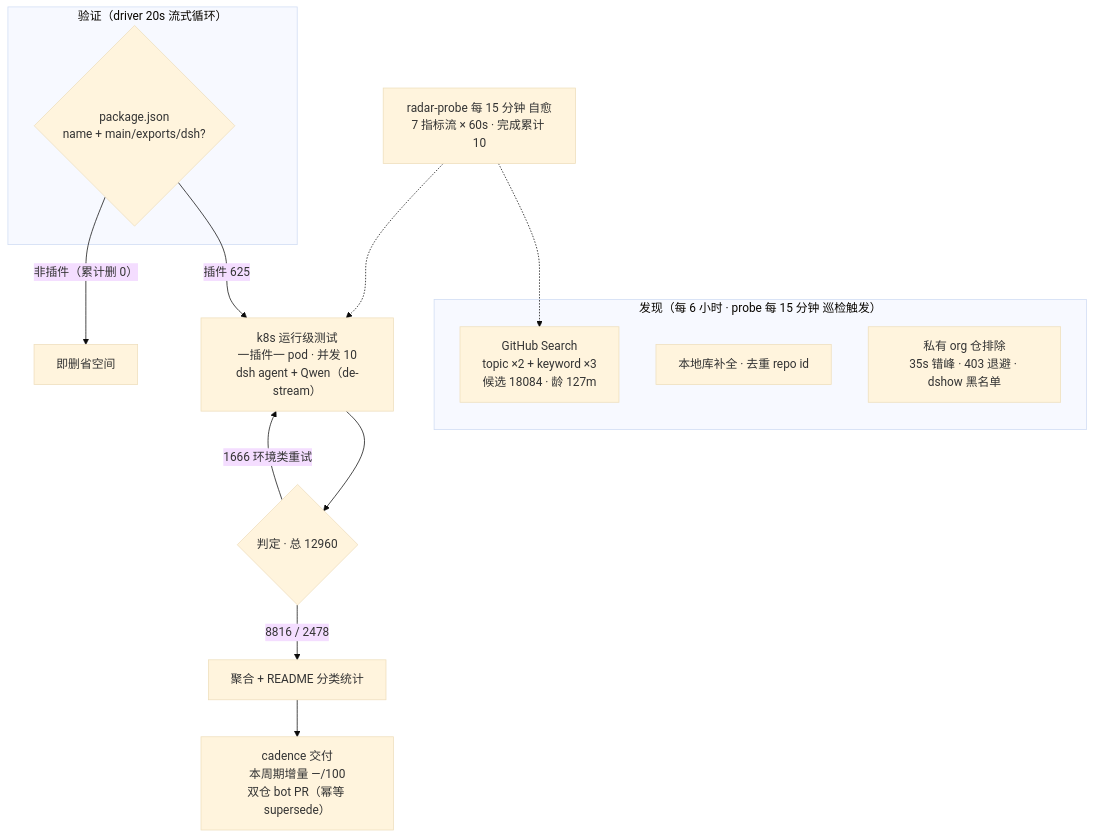
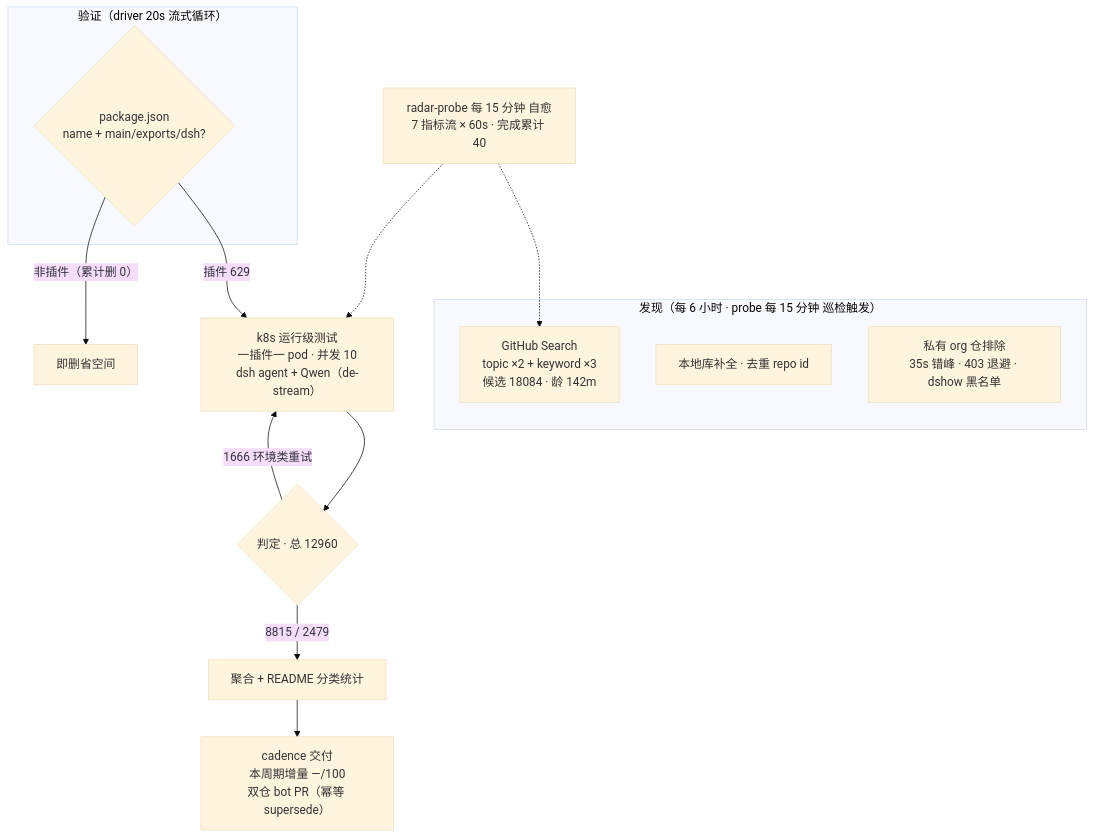
The diagram in README.md (AdamPlatin123/awesome-dsh-plugins), drawn with Mermaid (base theme) before and after one commit. The commit also changed other lines of this file and 5 other files, not shown here.

````diff
--- a/README.md
+++ b/README.md
@@ -52,20 +52,20 @@
 ```mermaid
 flowchart TB
     subgraph Discovery["发现（每 6 小时 · probe 每 15 分钟 巡检触发）"]
-        A1["GitHub Search<br/>topic ×2 + keyword ×3<br/>候选 18084 · 龄 127m"]
+        A1["GitHub Search<br/>topic ×2 + keyword ×3<br/>候选 18084 · 龄 142m"]
         A2["本地库补全 · 去重 repo id"]
         A3["私有 org 仓排除<br/>35s 错峰 · 403 退避 · dshow 黑名单"]
     end
     subgraph Validation["验证（driver 20s 流式循环）"]
         B1{"package.json<br/>name + main/exports/dsh?"}
     end
-    B1 -->|"插件 625"| C1["k8s 运行级测试<br/>一插件一 pod · 并发 10<br/>dsh agent + Qwen（de-stream）"]
+    B1 -->|"插件 629"| C1["k8s 运行级测试<br/>一插件一 pod · 并发 10<br/>dsh agent + Qwen（de-stream）"]
     B1 -->|"非插件（累计删 0）"| B3["即删省空间"]
     C1 --> D1{"判定 · 总 12960"}
-    D1 -->|"8816 / 2478"| E1["聚合 + README 分类统计"]
+    D1 -->|"8815 / 2479"| E1["聚合 + README 分类统计"]
     D1 -->|"1666 环境类重试"| C1
     E1 --> E2["cadence 交付<br/>本周期增量 —/100<br/>双仓 bot PR（幂等 supersede）"]
-    M["radar-probe 每 15 分钟 自愈<br/>7 指标流 × 60s · 完成累计 10"]
+    M["radar-probe 每 15 分钟 自愈<br/>7 指标流 × 60s · 完成累计 40"]
     M -.-> A1
     M -.-> C1
 ```
````
